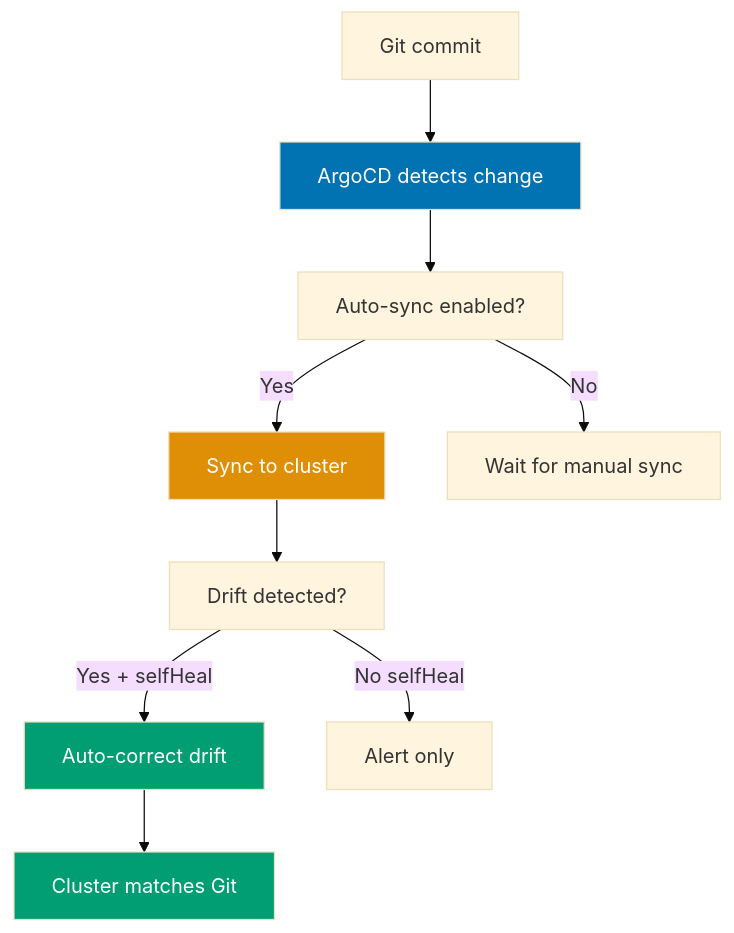
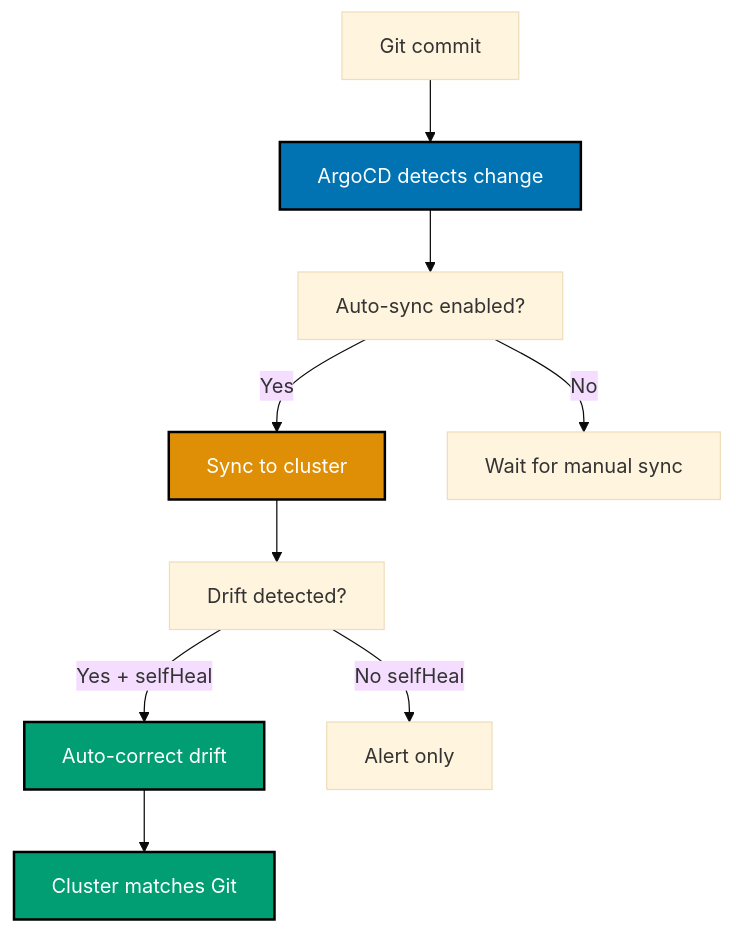
One commit to wahidyankf/open-sharia-enterprise changed diagram 12 of 14 in apps/ayokoding-web/content/en/learn/software-engineering/infrastructure/tools/kubernetes/by-example/advanced.md. Above: the diagram before and after it, drawn with Mermaid (base theme). The commit also changed other lines of this file and 25 other files, not shown here.

````diff
--- a/apps/ayokoding-web/content/en/learn/software-engineering/infrastructure/tools/kubernetes/by-example/advanced.md
+++ b/apps/ayokoding-web/content/en/learn/software-engineering/infrastructure/tools/kubernetes/by-example/advanced.md
@@ -3081,17 +3092,18 @@
 ```mermaid
+%% Color Palette: Blue #0173B2, Orange #DE8F05, Teal #029E73, Purple #CC78BC, Brown #CA9161
 %% ArgoCD sync with self-heal
 graph TD
  A[Git commit] --> B[ArgoCD detects change]
  B --> C[Auto-sync enabled?]
  C -->|Yes| D[Sync to cluster]
  C -->|No| E[Wait for manual sync]
  D --> F[Drift detected?]
  F -->|Yes + selfHeal| G[Auto-correct drift]
  F -->|No selfHeal| H[Alert only]
  G --> I[Cluster matches Git]
 
- style B fill:#0173B2,color:#fff
- style D fill:#DE8F05,color:#fff
- style G fill:#029E73,color:#fff
- style I fill:#029E73,color:#fff
+ style B fill:#0173B2,stroke:#000000,stroke-width:2px,color:#fff
+ style D fill:#DE8F05,stroke:#000000,stroke-width:2px,color:#fff
+ style G fill:#029E73,stroke:#000000,stroke-width:2px,color:#fff
+ style I fill:#029E73,stroke:#000000,stroke-width:2px,color:#fff
 ```
````
